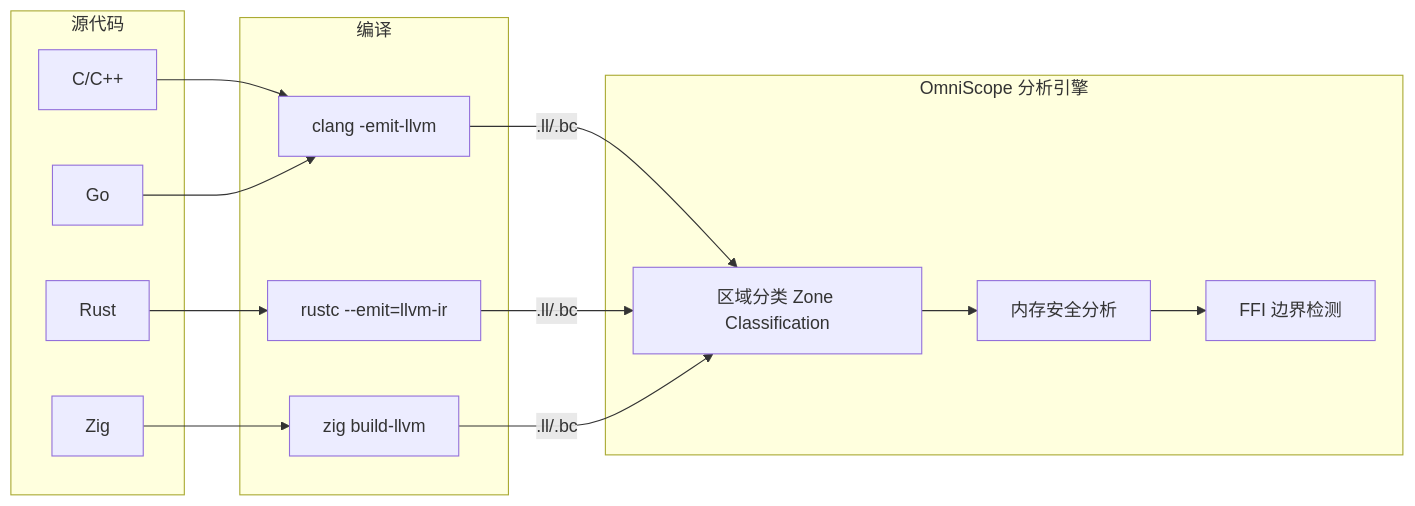
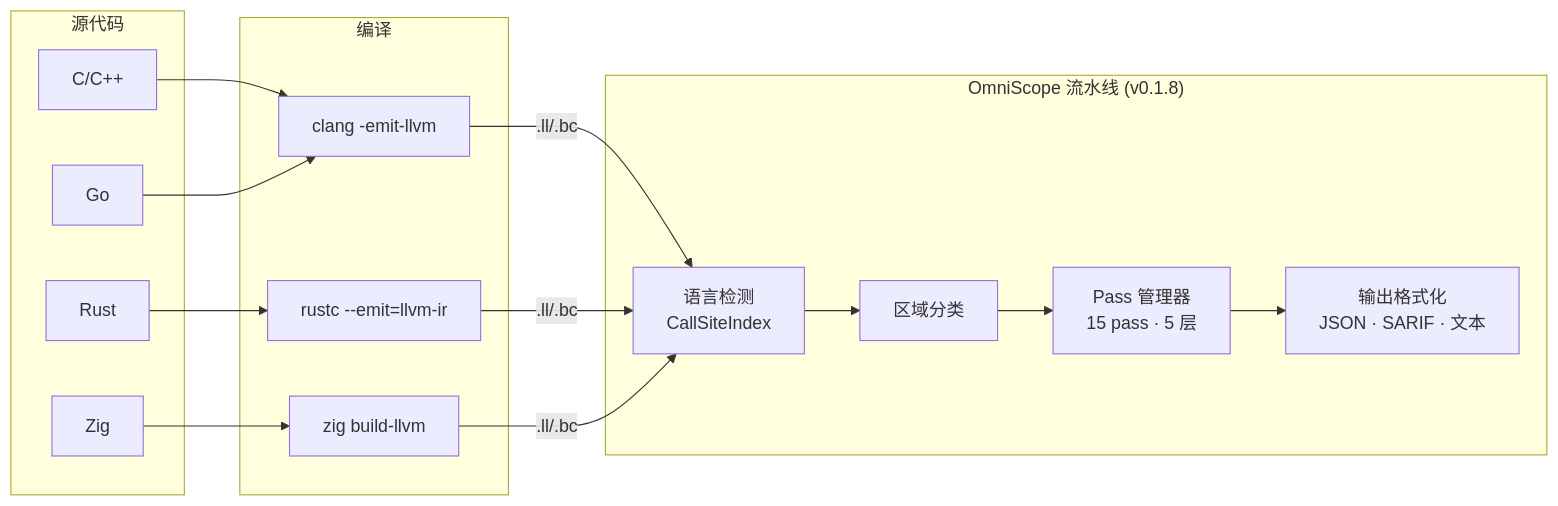
The second of 3 diagrams in README_zh.md (Timwood0x10/OmniScope), drawn with Mermaid before and after one commit. The commit also changed other lines of this file and 30 other files, not shown here.

````diff
--- a/README_zh.md
+++ b/README_zh.md
@@ -116,27 +116,28 @@
 ```mermaid
 flowchart LR
     subgraph Source["源代码"]
         Rust[Rust]
         Cpp[C/C++]
         Zig[Zig]
         Go[Go]
     end
 
     subgraph Compile["编译"]
         C1[clang -emit-llvm]
         C2[rustc --emit=llvm-ir]
         C3[zig build-llvm]
     end
 
-    subgraph Analysis["OmniScope 分析引擎"]
-        A1[区域分类 Zone Classification]
-        A2[内存安全分析]
-        A3[FFI 边界检测]
+    subgraph Pipeline["OmniScope 流水线 (v0.1.8)"]
+        Pre[语言检测<br/>CallSiteIndex]
+        ZC[区域分类]
+        PM[Pass 管理器<br/>15 pass · 5 层]
+        Out[输出格式化<br/>JSON · SARIF · 文本]
     end
 
     Rust --> C2
     Cpp --> C1
     Zig --> C3
     Go --> C1
-    C1 & C2 & C3 --> |.ll/.bc| A1 --> A2 --> A3
+    C1 & C2 & C3 --> |.ll/.bc| Pre --> ZC --> PM --> Out
 ```
````
